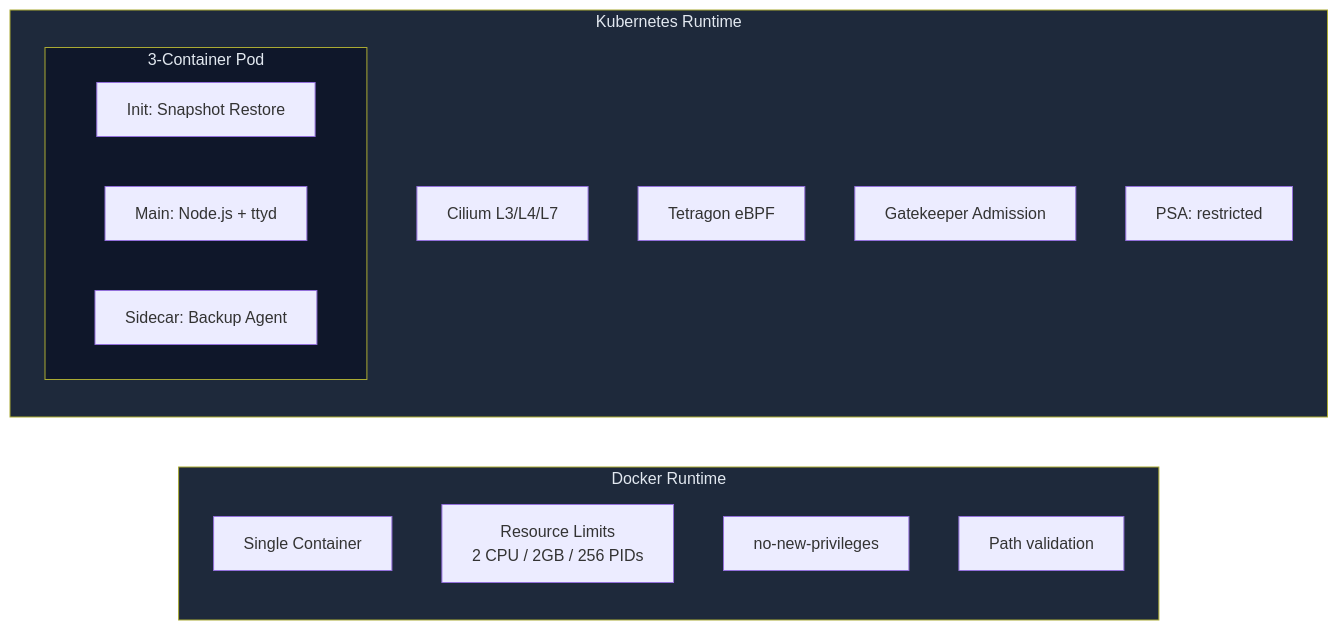
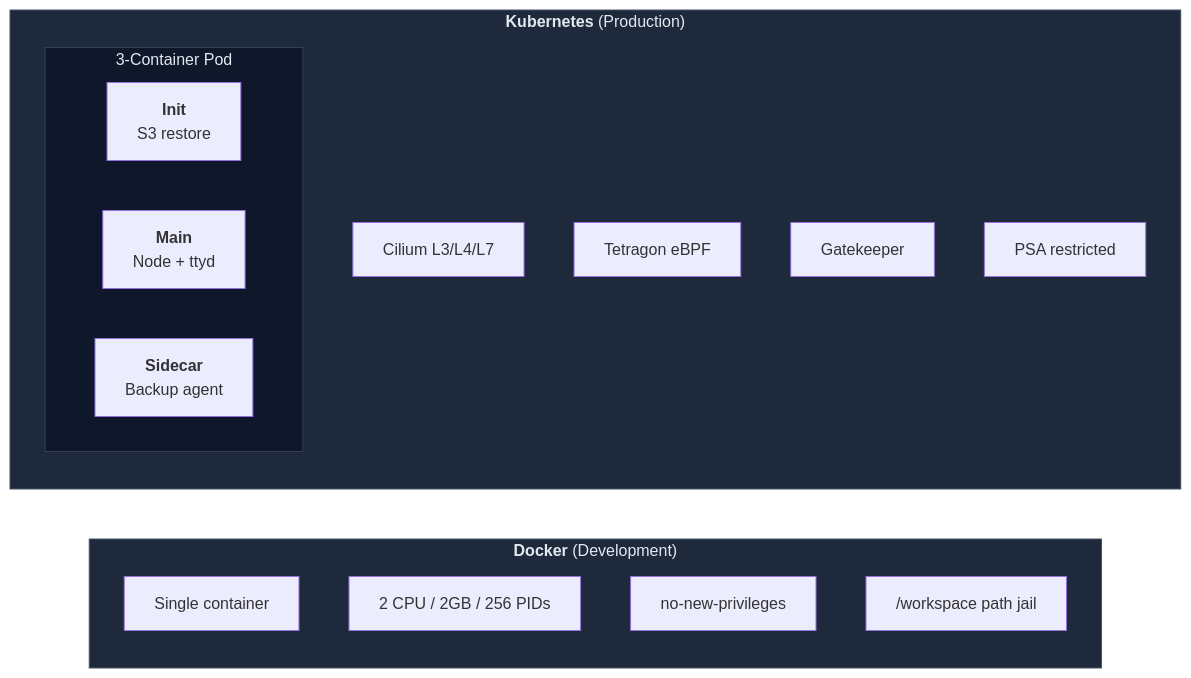
One commit to HackerM0nk/secure-codegen-factory changed the third of 5 diagrams in README.md. Above: the diagram before and after it, drawn with Mermaid. The commit also changed other lines of this file and 9 other files, not shown here.

````diff
--- a/README.md
+++ b/README.md
@@ -238,25 +246,26 @@
 ```mermaid
 graph LR
-    subgraph Docker["Docker Runtime"]
-        D1[Single Container]
-        D2[Resource Limits<br/>2 CPU / 2GB / 256 PIDs]
-        D3[no-new-privileges]
-        D4[Path validation]
+    subgraph Docker["<b>Docker</b> (Development)"]
+        D1["Single container"]
+        D2["2 CPU / 2GB / 256 PIDs"]
+        D3["no-new-privileges"]
+        D4["/workspace path jail"]
     end
 
-    subgraph K8s["Kubernetes Runtime"]
+    subgraph K8s["<b>Kubernetes</b> (Production)"]
         subgraph Pod["3-Container Pod"]
-            I[Init: Snapshot Restore]
-            M[Main: Node.js + ttyd]
-            S[Sidecar: Backup Agent]
+            I["<b>Init</b><br/>S3 restore"]
+            M["<b>Main</b><br/>Node + ttyd"]
+            S["<b>Sidecar</b><br/>Backup agent"]
         end
-        K1[Cilium L3/L4/L7]
-        K2[Tetragon eBPF]
-        K3[Gatekeeper Admission]
-        K4[PSA: restricted]
+        K1["Cilium L3/L4/L7"]
+        K2["Tetragon eBPF"]
+        K3["Gatekeeper"]
+        K4["PSA restricted"]
     end
 
-    style Docker fill:#1e293b,color:#e2e8f0
-    style K8s fill:#1e293b,color:#e2e8f0
-    style Pod fill:#0f172a,color:#e2e8f0
+    classDef box fill:#1e293b,stroke:#475569,color:#e2e8f0
+    classDef pod fill:#0f172a,stroke:#334155,color:#e2e8f0
+    class Docker,K8s box
+    class Pod pod
 ```
````
